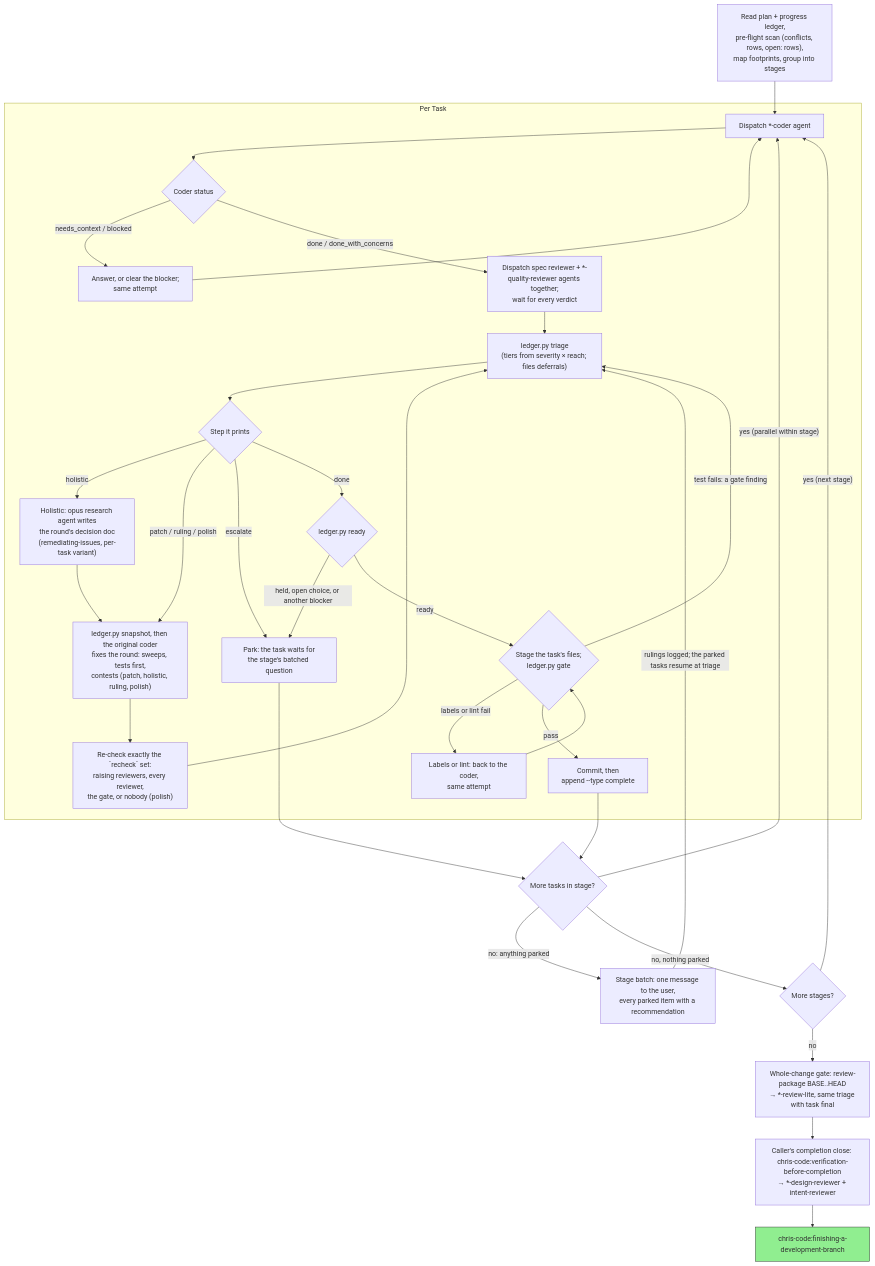
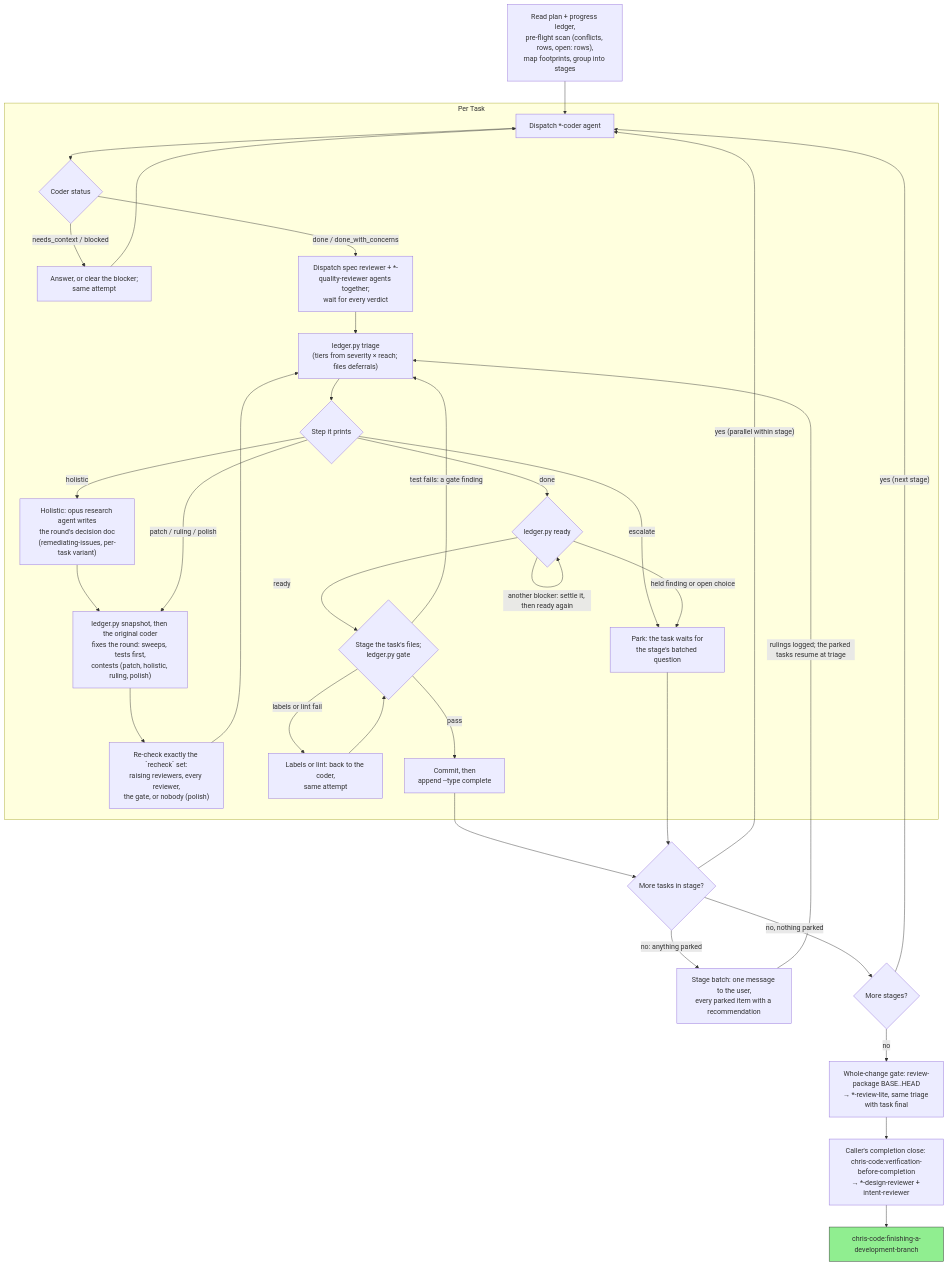
Before and after one commit to chris-santiago/claude-plugins: the diagram in chris-code/skills/subagent-driven-development/SKILL.md, drawn with Mermaid. The commit also changed other lines of this file and 13 other files, not shown here.

````diff
--- a/chris-code/skills/subagent-driven-development/SKILL.md
+++ b/chris-code/skills/subagent-driven-development/SKILL.md
@@ -31,60 +31,61 @@
 ```mermaid
 flowchart TB
     subgraph Per Task
         coder["Dispatch *-coder agent"]
         status{"Coder status"}
         answer["Answer, or clear the blocker;<br/>same attempt"]
         reviews["Dispatch spec reviewer + *-quality-reviewer agents together;<br/>wait for every verdict"]
         triage["ledger.py triage<br/>(tiers from severity × reach; files deferrals)"]
         step{"Step it prints"}
         research["Holistic: opus research agent writes<br/>the round's decision doc<br/>(remediating-issues, per-task variant)"]
         fix["ledger.py snapshot, then the original coder<br/>fixes the round: sweeps, tests first,<br/>contests (patch, holistic, ruling, polish)"]
         recheck["Re-check exactly the `recheck` set:<br/>raising reviewers, every reviewer,<br/>the gate, or nobody (polish)"]
         park["Park: the task waits for<br/>the stage's batched question"]
         ready{"ledger.py ready"}
         gate{"Stage the task's files;<br/>ledger.py gate"}
         back["Labels or lint: back to the coder,<br/>same attempt"]
         commit["Commit, then<br/>append --type complete"]
     end
 
     read["Read plan + progress ledger,<br/>pre-flight scan (conflicts, rows, open: rows),<br/>map footprints, group into stages"]
     batch["Stage batch: one message to the user,<br/>every parked item with a recommendation"]
     more_tasks{"More tasks in stage?"}
     more_stages{"More stages?"}
     final_gate["Whole-change gate: review-package BASE..HEAD<br/>→ *-review-lite, same triage with task final"]
     verification["Caller's completion close: chris-code:verification-before-completion<br/>→ *-design-reviewer + intent-reviewer"]
     finish["chris-code:finishing-a-development-branch"]:::finish
 
     read --> coder
     coder --> status
     status -->|"needs_context / blocked"| answer
     answer --> coder
     status -->|"done / done_with_concerns"| reviews
     reviews --> triage
     triage --> step
     step -->|holistic| research
     research --> fix
     step -->|"patch / ruling / polish"| fix
     fix --> recheck
     recheck --> triage
     step -->|escalate| park
     step -->|done| ready
-    ready -->|"held, open choice, or another blocker"| park
+    ready -->|"held finding or open choice"| park
+    ready -->|"another blocker: settle it, then ready again"| ready
     ready -->|ready| gate
     gate -->|"labels or lint fail"| back
     back --> gate
     gate -->|"test fails: a gate finding"| triage
     gate -->|pass| commit
     commit --> more_tasks
     park --> more_tasks
     more_tasks -->|"yes (parallel within stage)"| coder
     more_tasks -->|"no: anything parked"| batch
     batch -->|"rulings logged; the parked tasks resume at triage"| triage
     more_tasks -->|"no, nothing parked"| more_stages
     more_stages -->|"yes (next stage)"| coder
     more_stages -->|no| final_gate
     final_gate --> verification
     verification --> finish
 
     classDef finish fill:#90EE90,stroke:#333
 ```
````
